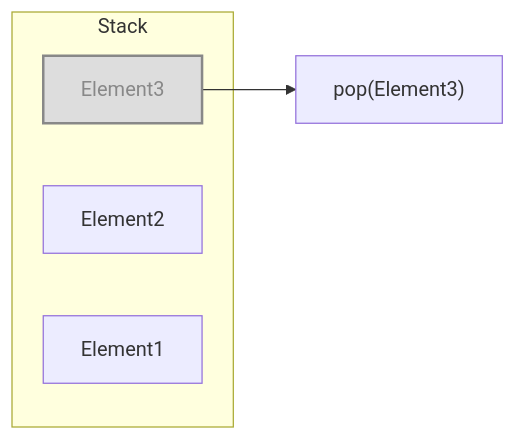
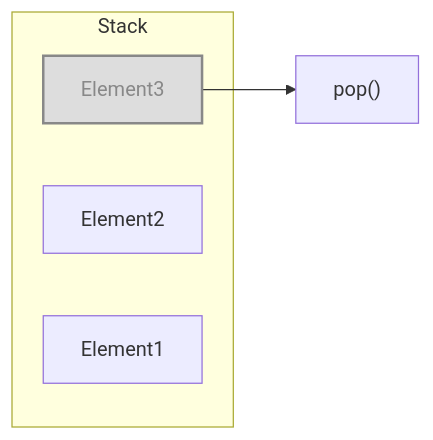
The diagram in slides/03_stack-2c.md (stefanmaeder/assembler), drawn with Mermaid before and after one commit.

````diff
--- a/slides/03_stack-2c.md
+++ b/slides/03_stack-2c.md
@@ -5,15 +5,15 @@
 ```mermaid
 flowchart LR
-    pop["pop(Element3)"]
+    pop["pop()"]
     
     subgraph Stack
         C["Element3"]
         B["Element2"]
         A["Element1"]
     end
     
     C --> pop
 
 style C fill:#ddd,stroke:#888,color:#888,stroke-width:2px
 
 ```
````
